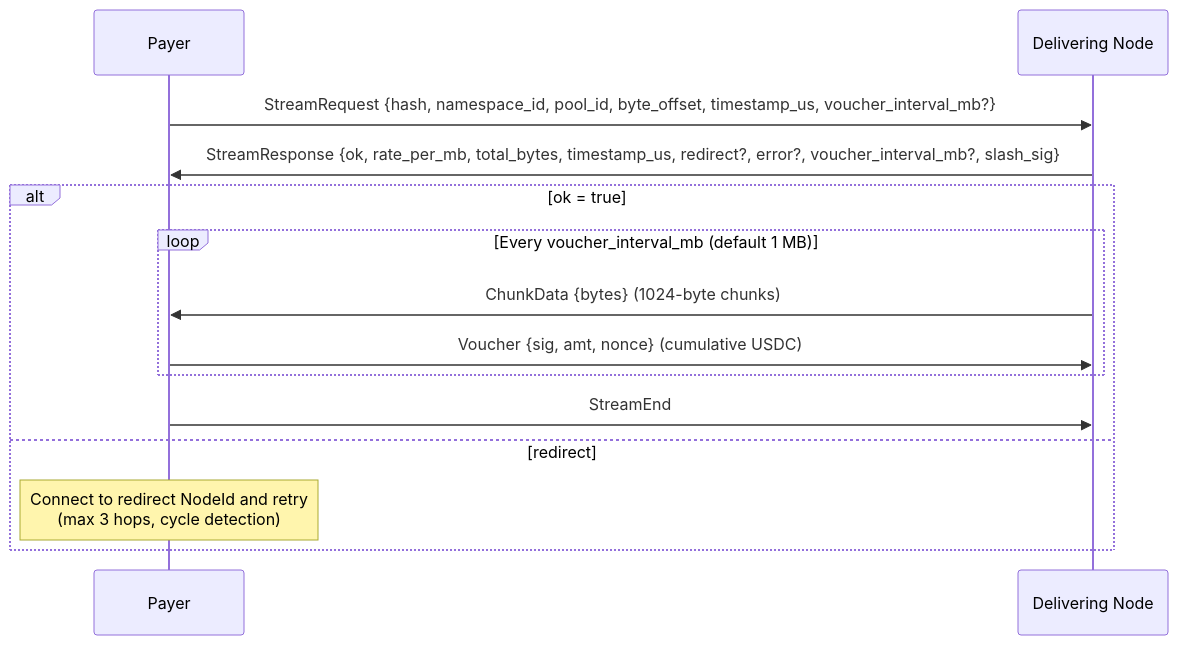
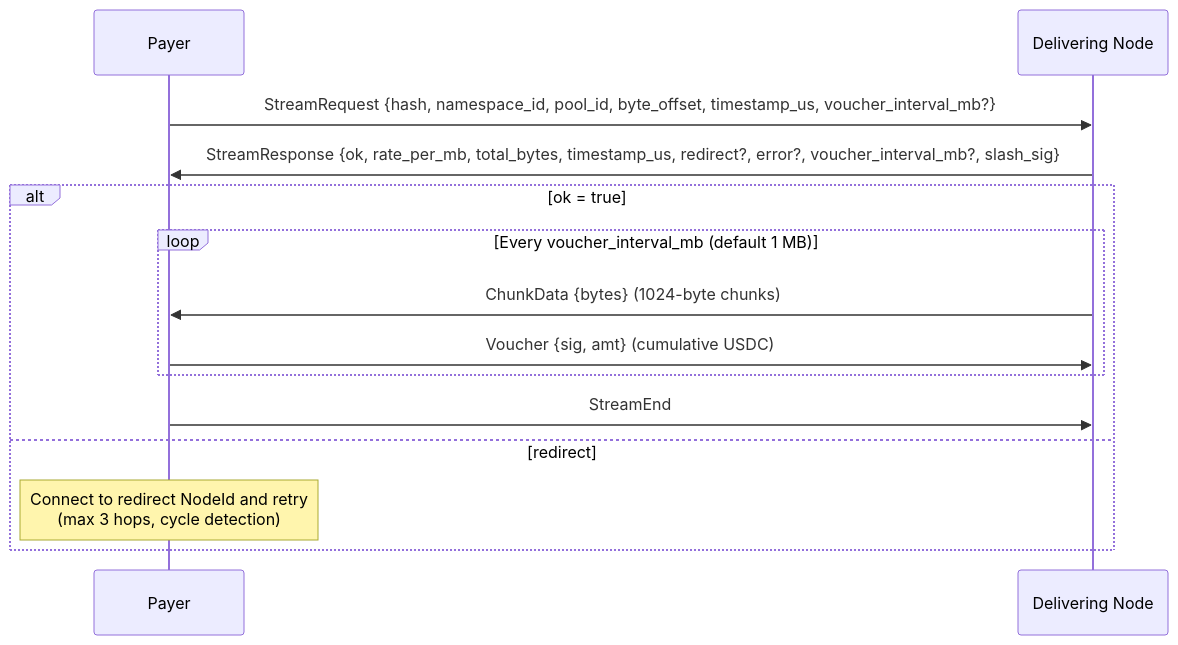
One commit to decdn/decdn changed the second of 3 diagrams in adr/005-protocol.md. Above: the diagram before and after it, drawn with Mermaid. The commit also changed other lines of this file and 5 other files, not shown here.

First line of the commit message:
docs(adr): remove voucher nonce; cumulative amount is the sole ordering guard

````diff
--- a/adr/005-protocol.md
+++ b/adr/005-protocol.md
@@ -113,18 +113,18 @@
 ```mermaid
 sequenceDiagram
     participant P as Payer
     participant D as Delivering Node
 
     P->>D: StreamRequest {hash, namespace_id, pool_id, byte_offset, timestamp_us, voucher_interval_mb?}
     D->>P: StreamResponse {ok, rate_per_mb, total_bytes, timestamp_us, redirect?, error?, voucher_interval_mb?, slash_sig}
 
     alt ok = true
         loop Every voucher_interval_mb (default 1 MB)
             D->>P: ChunkData {bytes} (1024-byte chunks)
-            P->>D: Voucher {sig, amt, nonce} (cumulative USDC)
+            P->>D: Voucher {sig, amt} (cumulative USDC)
         end
         P->>D: StreamEnd
     else redirect
         Note over P: Connect to redirect NodeId and retry<br/>(max 3 hops, cycle detection)
     end
 ```
````
